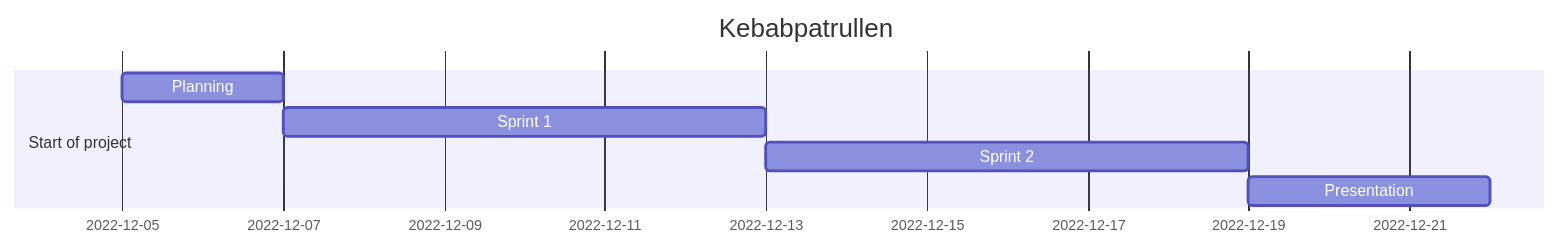
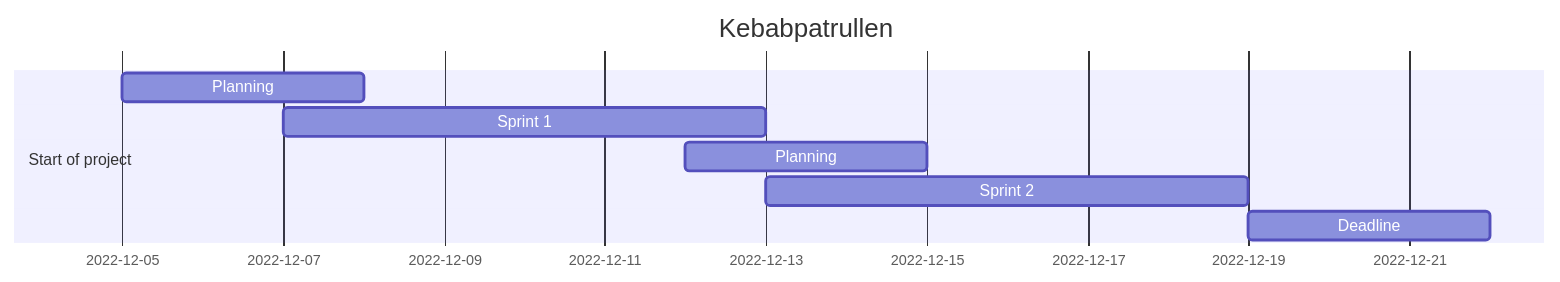
One commit to JarlJakobsson/DevOps22-Kebabpatrullen changed the diagram in README.md. Above: the diagram before and after it, drawn with Mermaid.

````diff
--- a/README.md
+++ b/README.md
@@ -68,11 +68,12 @@
 ```mermaid
 gantt
 dateFormat  YYYY-MM-DD
 title Kebabpatrullen
 
 section Start of project
-Planning                  :         des1, 2022-12-05, 2d
-Sprint 1                  :         des2, 2022-12-07, 6d
-Sprint 2                  :         des3, after des2, 6d
-Presentation              :         des4, after des3, 3d
+Planning                 :         des1, 2022-12-05, 3d
+Sprint 1                 :         des2, 2022-12-07, 6d
+Planning                 :         des4, 2022-12-12, 3d
+Sprint 2                 :         des3, after des2, 6d
+Deadline                 :         des4, after des3, 3d
 ```
````
